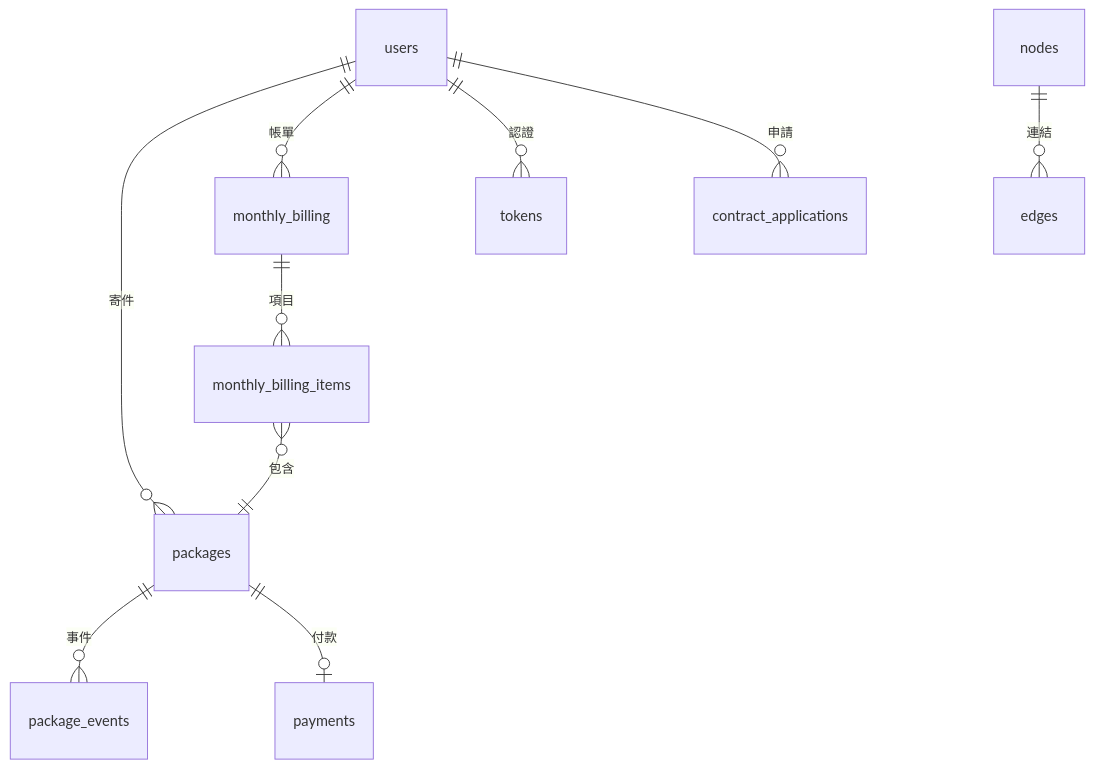
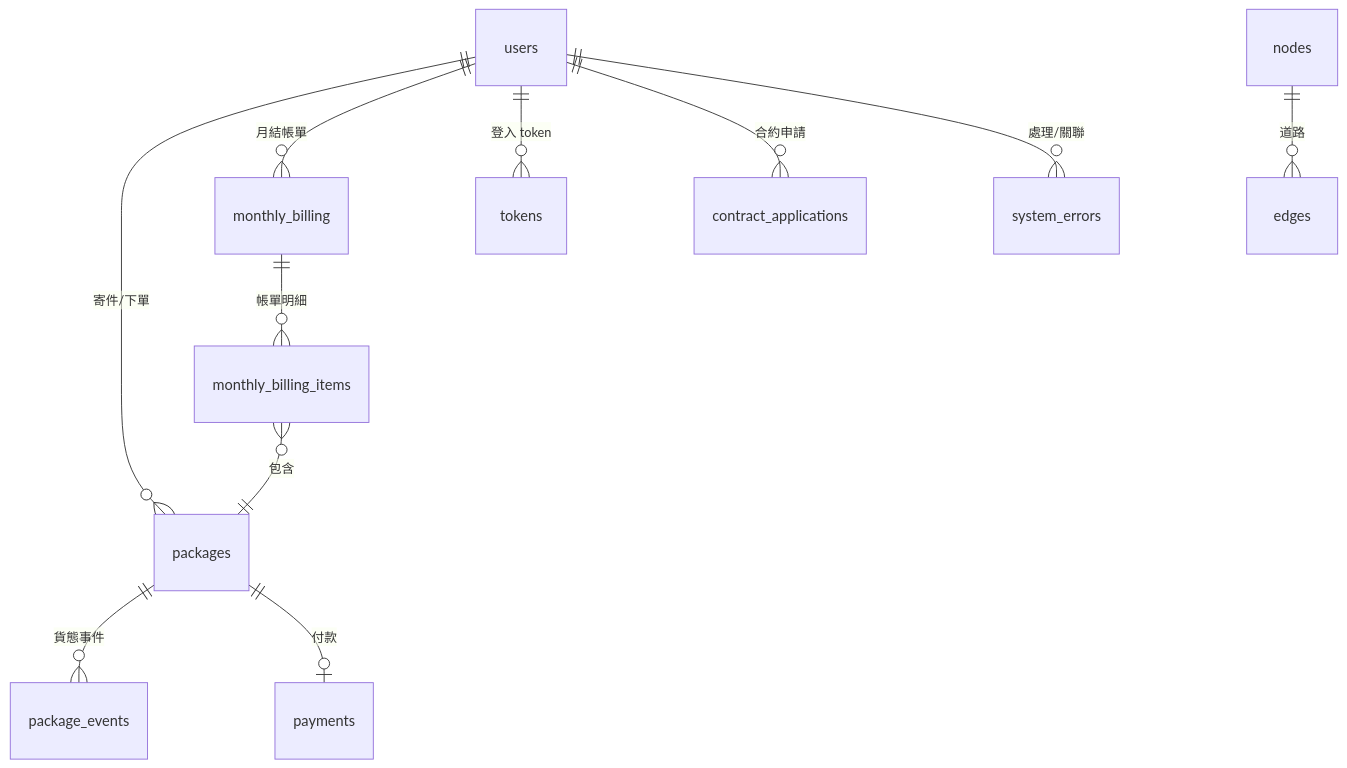
One commit to bowen12274Bot/Logistics_tracking_system changed the diagram in docs/database-schema.md. Above: the diagram before and after it, drawn with Mermaid. The commit also changed other lines of this file and 8 other files, not shown here.

Commit message:
再次重設資料庫，為之後包裹建立、貨態顯示、地圖顯示的串聯做準備

````diff
--- a/docs/database-schema.md
+++ b/docs/database-schema.md
@@ -427,12 +235,13 @@
 ```mermaid
 erDiagram
-    users ||--o{ packages : "寄件"
-    users ||--o{ monthly_billing : "帳單"
-    users ||--o{ tokens : "認證"
-    users ||--o{ contract_applications : "申請"
-    packages ||--o{ package_events : "事件"
+    users ||--o{ packages : "寄件/下單"
+    packages ||--o{ package_events : "貨態事件"
     packages ||--o| payments : "付款"
-    monthly_billing ||--o{ monthly_billing_items : "項目"
+    users ||--o{ monthly_billing : "月結帳單"
+    monthly_billing ||--o{ monthly_billing_items : "帳單明細"
     monthly_billing_items }o--|| packages : "包含"
-    nodes ||--o{ edges : "連結"
+    users ||--o{ tokens : "登入 token"
+    users ||--o{ contract_applications : "合約申請"
+    users ||--o{ system_errors : "處理/關聯"
+    nodes ||--o{ edges : "道路"
 ```
````
